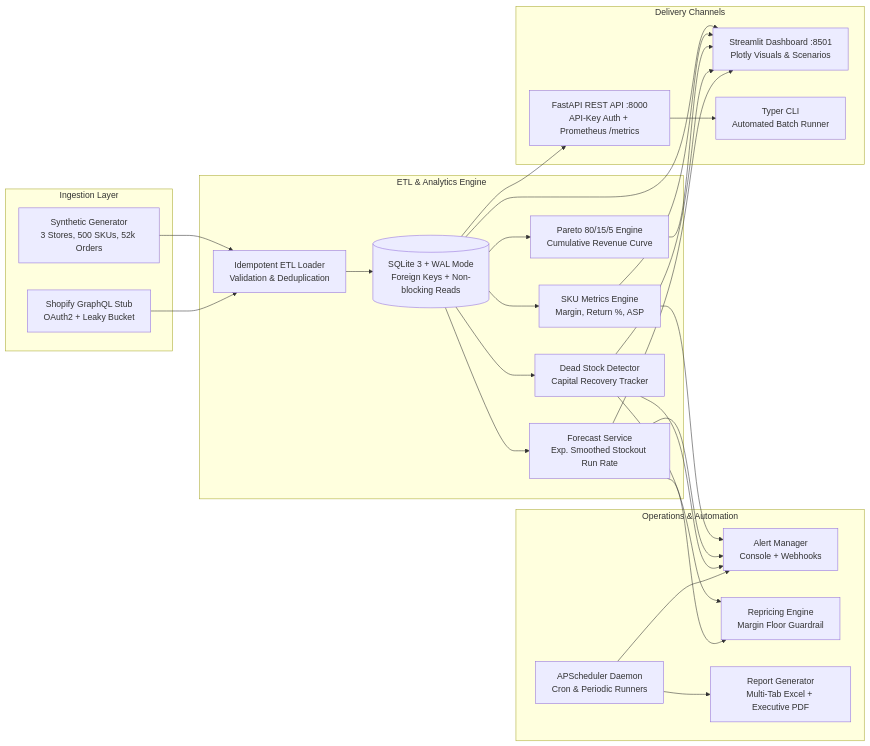
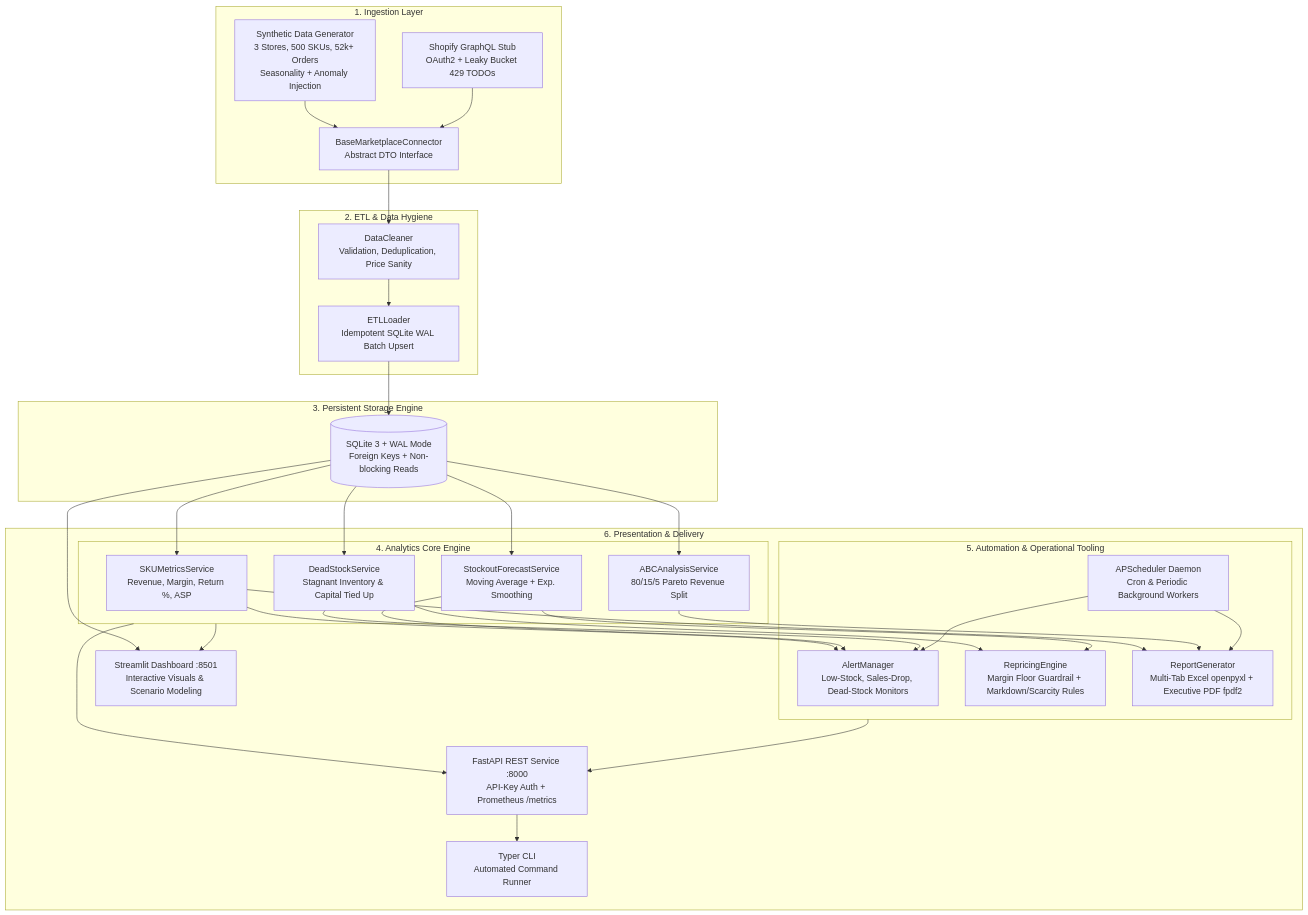
Before and after one commit to omprakash2929/SellerPulse-Marketplace-SKU-Analytics-Automation-Platform: the first of 2 diagrams in README.md, drawn with Mermaid. The commit also changed other lines of this file, not shown here.

````diff
--- a/README.md
+++ b/README.md
@@ -26,51 +58,62 @@
 ```mermaid
-flowchart LR
-    subgraph Ingestion["Ingestion Layer"]
-        SC[Synthetic Generator\n3 Stores, 500 SKUs, 52k Orders]
-        SH[Shopify GraphQL Stub\nOAuth2 + Leaky Bucket]
+flowchart TD
+    subgraph Ingestion["1. Ingestion Layer"]
+        SC[Synthetic Data Generator\n3 Stores, 500 SKUs, 52k+ Orders\nSeasonality + Anomaly Injection]
+        SH[Shopify GraphQL Stub\nOAuth2 + Leaky Bucket 429 TODOs]
+        INT[BaseMarketplaceConnector\nAbstract DTO Interface]
+        SC --> INT
+        SH --> INT
     end
 
-    subgraph Core["ETL & Analytics Engine"]
-        ETL[Idempotent ETL Loader\nValidation & Deduplication]
-        DB[(SQLite 3 + WAL Mode\nForeign Keys + Non-blocking Reads)]
-        METRICS[SKU Metrics Engine\nMargin, Return %, ASP]
-        ABC[Pareto 80/15/5 Engine\nCumulative Revenue Curve]
-        DEAD[Dead Stock Detector\nCapital Recovery Tracker]
-        FC[Forecast Service\nExp. Smoothed Stockout Run Rate]
+    subgraph ETL["2. ETL & Data Hygiene"]
+        CL[DataCleaner\nValidation, Deduplication, Price Sanity]
+        LD[ETLLoader\nIdempotent SQLite WAL Batch Upsert]
+        INT --> CL
+        CL --> LD
     end
 
-    subgraph Automation["Operations & Automation"]
-        ALERT[Alert Manager\nConsole + Webhooks]
-        REPRICE[Repricing Engine\nMargin Floor Guardrail]
-        REPORTS[Report Generator\nMulti-Tab Excel + Executive PDF]
-        SCHED[APScheduler Daemon\nCron & Periodic Runners]
+    subgraph Storage["3. Persistent Storage Engine"]
+        DB[(SQLite 3 + WAL Mode\nForeign Keys + Non-blocking Reads)]
+        LD --> DB
     end
 
-    subgraph Interfaces["Delivery Channels"]
-        ST[Streamlit Dashboard :8501\nPlotly Visuals & Scenarios]
-        API[FastAPI REST API :8000\nAPI-Key Auth + Prometheus /metrics]
-        CLI[Typer CLI\nAutomated Batch Runner]
+    subgraph Analytics["4. Analytics Core Engine"]
+        SKU_M[SKUMetricsService\nRevenue, Margin, Return %, ASP]
+        ABC_S[ABCAnalysisService\n80/15/5 Pareto Revenue Split]
+        DEAD_S[DeadStockService\nStagnant Inventory & Capital Tied Up]
+        FC_S[StockoutForecastService\nMoving Average + Exp. Smoothing]
+        DB --> SKU_M
+        DB --> ABC_S
+        DB --> DEAD_S
+        DB --> FC_S
     end
 
-    SC --> ETL
-    SH --> ETL
-    ETL --> DB
-    DB --> METRICS
-    DB --> ABC
-    DB --> DEAD
-    DB --> FC
-    METRICS --> ALERT
-    FC --> ALERT
-    DEAD --> ALERT
-    DEAD --> REPRICE
-    FC --> REPRICE
-    SCHED --> ALERT
-    SCHED --> REPORTS
-    DB --> ST
-    METRICS --> ST
-    ABC --> ST
-    DEAD --> ST
-    FC --> ST
-    DB --> API
-    API --> CLI
+    subgraph Automation["5. Automation & Operational Tooling"]
+        AL[AlertManager\nLow-Stock, Sales-Drop, Dead-Stock Monitors]
+        RP[RepricingEngine\nMargin Floor Guardrail + Markdown/Scarcity Rules]
+        REP[ReportGenerator\nMulti-Tab Excel openpyxl + Executive PDF fpdf2]
+        SCH[APScheduler Daemon\nCron & Periodic Background Workers]
+        
+        SKU_M --> AL
+        FC_S --> AL
+        DEAD_S --> AL
+        DEAD_S --> RP
+        FC_S --> RP
+        SKU_M --> REP
+        ABC_S --> REP
+        SCH --> AL
+        SCH --> REP
+    end
+
+    subgraph Presentation["6. Presentation & Delivery"]
+        ST[Streamlit Dashboard :8501\nInteractive Visuals & Scenario Modeling]
+        API[FastAPI REST Service :8000\nAPI-Key Auth + Prometheus /metrics]
+        CLI[Typer CLI\nAutomated Command Runner]
+
+        DB --> ST
+        Analytics --> ST
+        Analytics --> API
+        Automation --> API
+        API --> CLI
+    end
 ```
````
